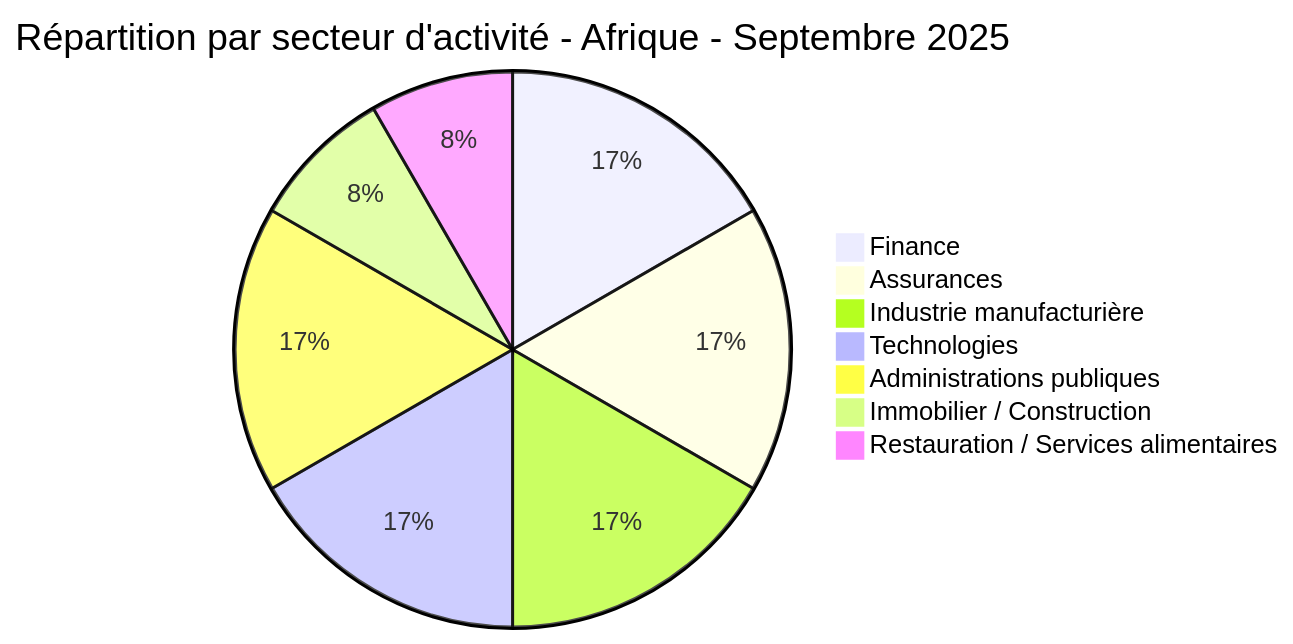
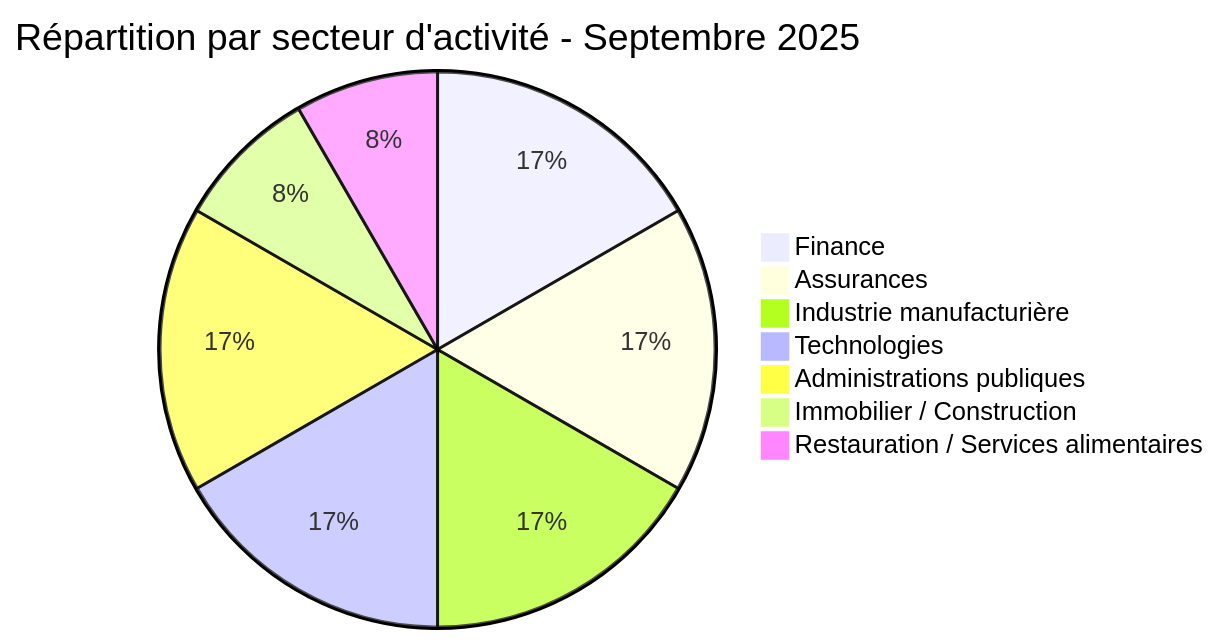
Before and after one commit to Hatchepsoute/AFRINTEL: the first of 5 diagrams in 2025/september/report/README_FR.md, drawn with Mermaid. The commit also changed other lines of this file, not shown here.

Commit message:
Rapport de cyberttaque Septembre 2025 - versions FR/EN & rapport CTI Janvier et Février 2026

````diff
--- a/2025/september/report/README_FR.md
+++ b/2025/september/report/README_FR.md
@@ -51,10 +51,10 @@
 ```mermaid
-pie title Répartition par secteur d'activité - Afrique - Septembre 2025
+pie title Répartition par secteur d'activité - Septembre 2025
 "Finance" : 2
 "Assurances" : 2
 "Industrie manufacturière" : 2
 "Technologies" : 2
 "Administrations publiques" : 2
 "Immobilier / Construction" : 1
 "Restauration / Services alimentaires" : 1
 ```
````
